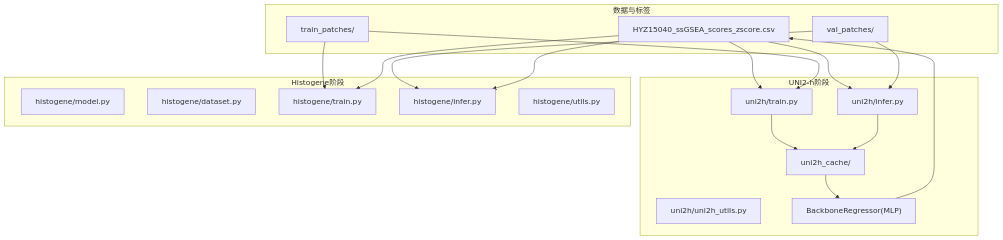
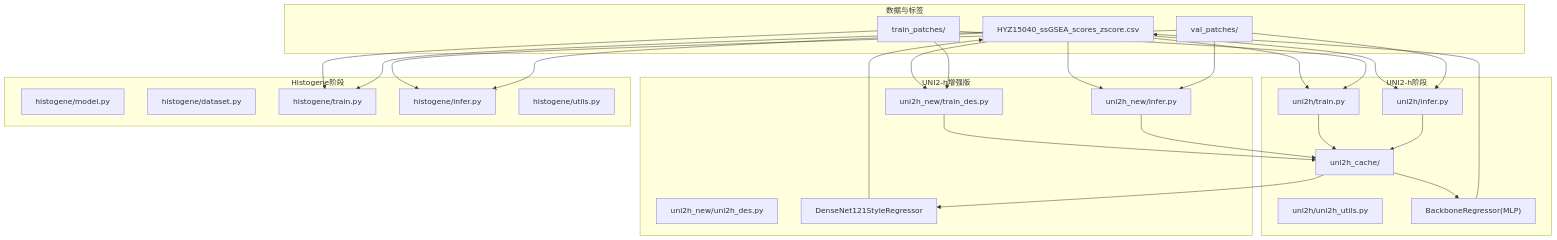
The first of 6 diagrams in .qoder/repowiki/zh/content/模型架构系统/UNI2-h+MLP模型架构.md (qzs610038-star/AI-esophagus-cancer-basedon-HF-HT), drawn with Mermaid before and after one commit. The commit also changed other lines of this file and 8 other files, not shown here.

````diff
--- a/.qoder/repowiki/zh/content/模型架构系统/UNI2-h+MLP模型架构.md
+++ b/.qoder/repowiki/zh/content/模型架构系统/UNI2-h+MLP模型架构.md
@@ -43,34 +48,48 @@
 ```mermaid
 graph TB
 subgraph "数据与标签"
 CSV["HYZ15040_ssGSEA_scores_zscore.csv"]
 TRAIN["train_patches/"]
 VAL["val_patches/"]
 end
 subgraph "UNI2-h阶段"
 UTrain["uni2h/train.py"]
 UInfer["uni2h/infer.py"]
 UUtils["uni2h/uni2h_utils.py"]
 Cache["uni2h_cache/"]
 MLP["BackboneRegressor(MLP)"]
 end
+subgraph "UNI2-h增强版"
+U2Train["uni2h_new/train_des.py"]
+U2Infer["uni2h_new/infer.py"]
+U2Utils["uni2h_new/uni2h_des.py"]
+DenseNet["DenseNet121StyleRegressor"]
+end
 subgraph "Histogene阶段"
 HModel["histogene/model.py"]
 HDataset["histogene/dataset.py"]
 HTrain["histogene/train.py"]
 HInfer["histogene/infer.py"]
 HUtils["histogene/utils.py"]
 end
 CSV --> UTrain
 CSV --> UInfer
+CSV --> U2Train
+CSV --> U2Infer
 TRAIN --> UTrain
 VAL --> UInfer
+TRAIN --> U2Train
+VAL --> U2Infer
 UTrain --> Cache
 UInfer --> Cache
 Cache --> MLP
 MLP --> CSV
+U2Train --> Cache
+U2Infer --> Cache
+Cache --> DenseNet
+DenseNet --> CSV
 TRAIN --> HTrain
 VAL --> HInfer
 CSV --> HTrain
 CSV --> HInfer
 ```
````
